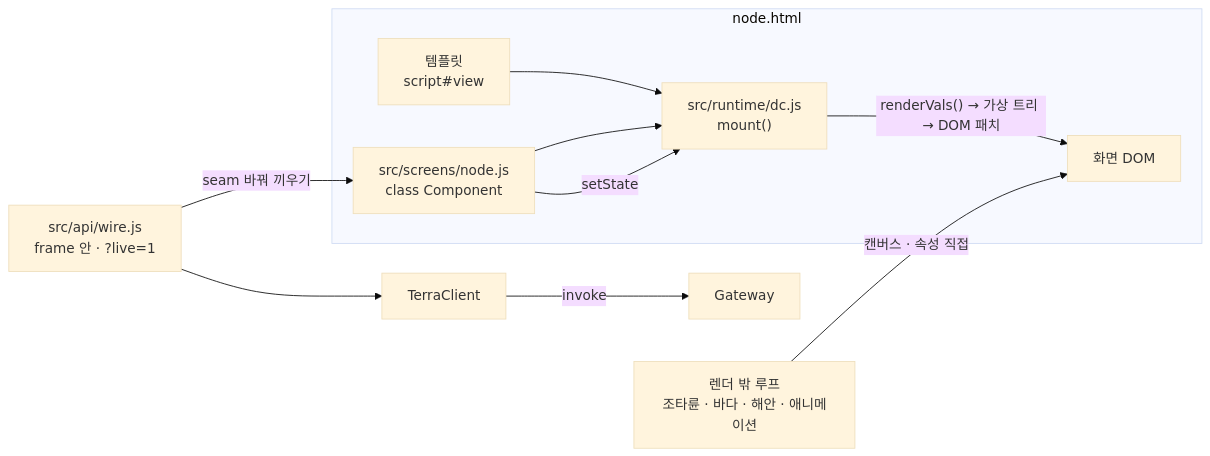
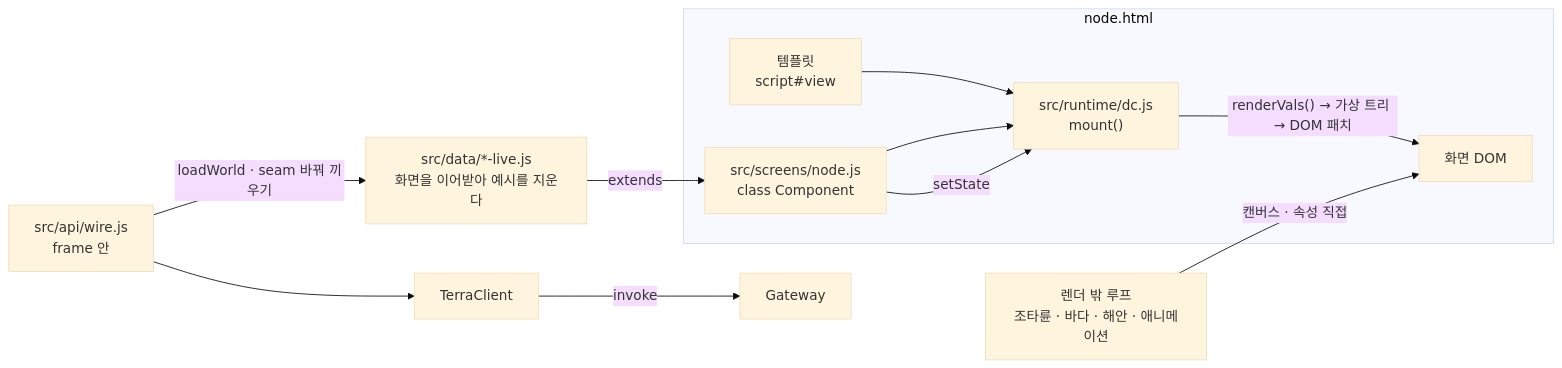
One commit to StellaxiaLab/modules changed the first of 2 diagrams in common/lab.stellaxia.node-gui/web/docs/architecture.md. Above: the diagram before and after it, drawn with Mermaid (base theme). The commit also changed other lines of this file and 13 other files, not shown here.

````diff
--- a/common/lab.stellaxia.node-gui/web/docs/architecture.md
+++ b/common/lab.stellaxia.node-gui/web/docs/architecture.md
@@ -27,12 +28,13 @@
 ```mermaid
 flowchart LR
   subgraph Page["node.html"]
     TPL["템플릿<br/>script#view"] --> RT["src/runtime/dc.js<br/>mount()"]
     SC["src/screens/node.js<br/>class Component"] --> RT
     RT -->|"renderVals() → 가상 트리 → DOM 패치"| DOM["화면 DOM"]
   end
   SC -->|"setState"| RT
   LOOP["렌더 밖 루프<br/>조타륜 · 바다 · 해안 · 애니메이션"] -->|"캔버스 · 속성 직접"| DOM
-  WIRE["src/api/wire.js<br/>frame 안 · ?live=1"] -->|"seam 바꿔 끼우기"| SC
+  REAL["src/data/*-live.js<br/>화면을 이어받아 예시를 지운다"] -->|"extends"| SC
+  WIRE["src/api/wire.js<br/>frame 안"] -->|"loadWorld · seam 바꿔 끼우기"| REAL
   WIRE --> CL["TerraClient"] -->|"invoke"| GW["Gateway"]
 ```
````
